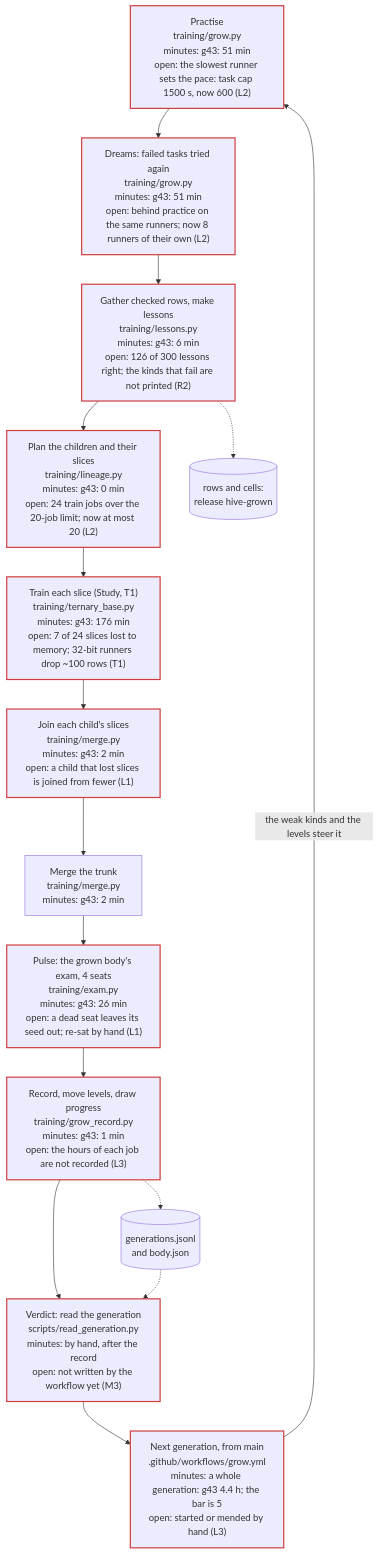
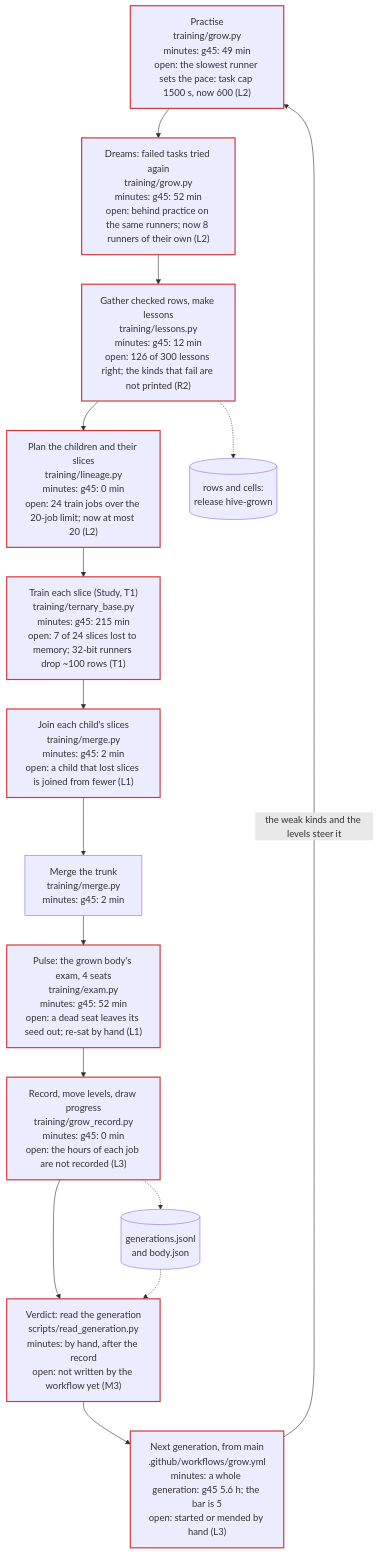
The first of 4 diagrams in docs/KNOWLEDGE.md (Arnav123-s/HiveMIND), drawn with Mermaid before and after one commit. The commit also changed other lines of this file and 1 other file, not shown here.

First line of the commit message:
Board keeps its done pieces as rows (the knowledge links name them), the knowledge page redrawn

````diff
--- a/docs/KNOWLEDGE.md
+++ b/docs/KNOWLEDGE.md
@@ -11,31 +11,31 @@
 ```mermaid
 flowchart TD
-  practise["Practise<br/>training/grow.py<br/>minutes: g43: 51 min<br/>open: the slowest runner sets the pace: task cap 1500 s, now 600 (L2)"]:::open
-  dreams["Dreams: failed tasks tried again<br/>training/grow.py<br/>minutes: g43: 51 min<br/>open: behind practice on the same runners; now 8 runners of their own (L2)"]:::open
-  gather["Gather checked rows, make lessons<br/>training/lessons.py<br/>minutes: g43: 6 min<br/>open: 126 of 300 lessons right; the kinds that fail are not printed (R2)"]:::open
-  plan["Plan the children and their slices<br/>training/lineage.py<br/>minutes: g43: 0 min<br/>open: 24 train jobs over the 20-job limit; now at most 20 (L2)"]:::open
-  trainc["Train each slice (Study, T1)<br/>training/ternary_base.py<br/>minutes: g43: 176 min<br/>open: 7 of 24 slices lost to memory; 32-bit runners drop ~100 rows (T1)"]:::open
-  join["Join each child's slices<br/>training/merge.py<br/>minutes: g43: 2 min<br/>open: a child that lost slices is joined from fewer (L1)"]:::open
-  trunk["Merge the trunk<br/>training/merge.py<br/>minutes: g43: 2 min"]
-  pulse["Pulse: the grown body's exam, 4 seats<br/>training/exam.py<br/>minutes: g43: 26 min<br/>open: a dead seat leaves its seed out; re-sat by hand (L1)"]:::open
-  recordg["Record, move levels, draw progress<br/>training/grow_record.py<br/>minutes: g43: 1 min<br/>open: the hours of each job are not recorded (L3)"]:::open
+  practise["Practise<br/>training/grow.py<br/>minutes: g45: 49 min<br/>open: the slowest runner sets the pace: task cap 1500 s, now 600 (L2)"]:::open
+  dreams["Dreams: failed tasks tried again<br/>training/grow.py<br/>minutes: g45: 52 min<br/>open: behind practice on the same runners; now 8 runners of their own (L2)"]:::open
+  gather["Gather checked rows, make lessons<br/>training/lessons.py<br/>minutes: g45: 12 min<br/>open: 126 of 300 lessons right; the kinds that fail are not printed (R2)"]:::open
+  plan["Plan the children and their slices<br/>training/lineage.py<br/>minutes: g45: 0 min<br/>open: 24 train jobs over the 20-job limit; now at most 20 (L2)"]:::open
+  trainc["Train each slice (Study, T1)<br/>training/ternary_base.py<br/>minutes: g45: 215 min<br/>open: 7 of 24 slices lost to memory; 32-bit runners drop ~100 rows (T1)"]:::open
+  join["Join each child's slices<br/>training/merge.py<br/>minutes: g45: 2 min<br/>open: a child that lost slices is joined from fewer (L1)"]:::open
+  trunk["Merge the trunk<br/>training/merge.py<br/>minutes: g45: 2 min"]
+  pulse["Pulse: the grown body's exam, 4 seats<br/>training/exam.py<br/>minutes: g45: 52 min<br/>open: a dead seat leaves its seed out; re-sat by hand (L1)"]:::open
+  recordg["Record, move levels, draw progress<br/>training/grow_record.py<br/>minutes: g45: 0 min<br/>open: the hours of each job are not recorded (L3)"]:::open
   verdictg["Verdict: read the generation<br/>scripts/read_generation.py<br/>minutes: by hand, after the record<br/>open: not written by the workflow yet (M3)"]:::open
-  nextg["Next generation, from main<br/>.github/workflows/grow.yml<br/>minutes: a whole generation: g43 4.4 h; the bar is 5<br/>open: started or mended by hand (L3)"]:::open
+  nextg["Next generation, from main<br/>.github/workflows/grow.yml<br/>minutes: a whole generation: g45 5.6 h; the bar is 5<br/>open: started or mended by hand (L3)"]:::open
   practise --> dreams
   dreams --> gather
   gather --> plan
   plan --> trainc
   trainc --> join
   join --> trunk
   trunk --> pulse
   pulse --> recordg
   recordg --> verdictg
   verdictg --> nextg
   nextg -->|"the weak kinds and the levels steer it"| practise
   rel[("rows and cells:<br/>release hive-grown")]
   rec[("generations.jsonl<br/>and body.json")]
   gather -.-> rel
   recordg -.-> rec
   rec -.-> verdictg
   classDef open stroke:#d03b3b,stroke-width:2px
 ```
````
